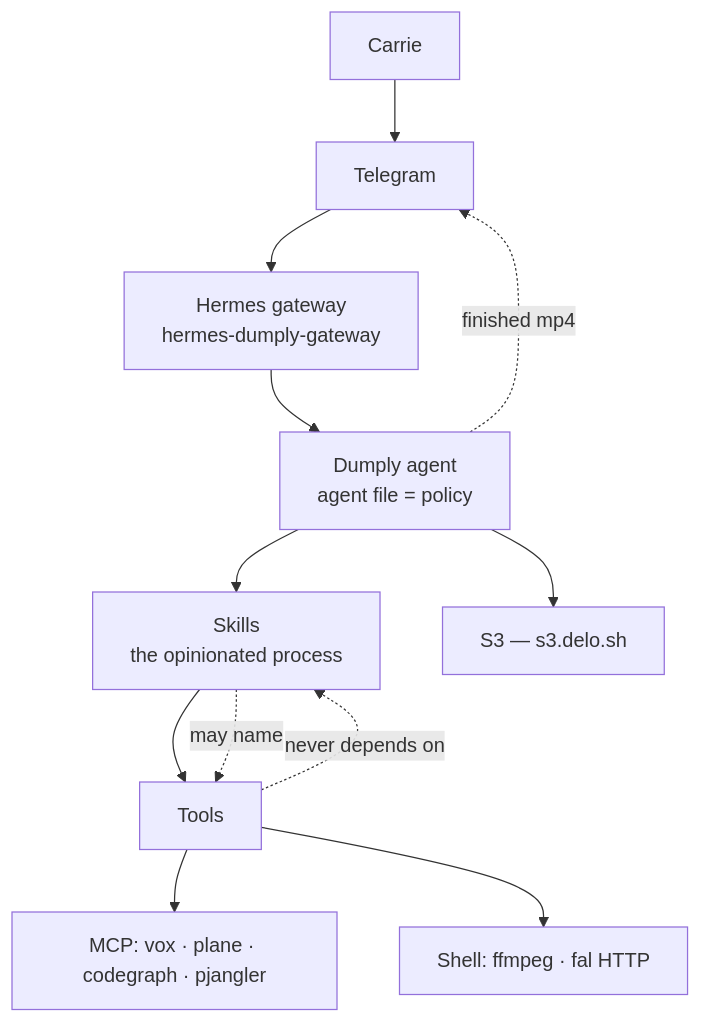
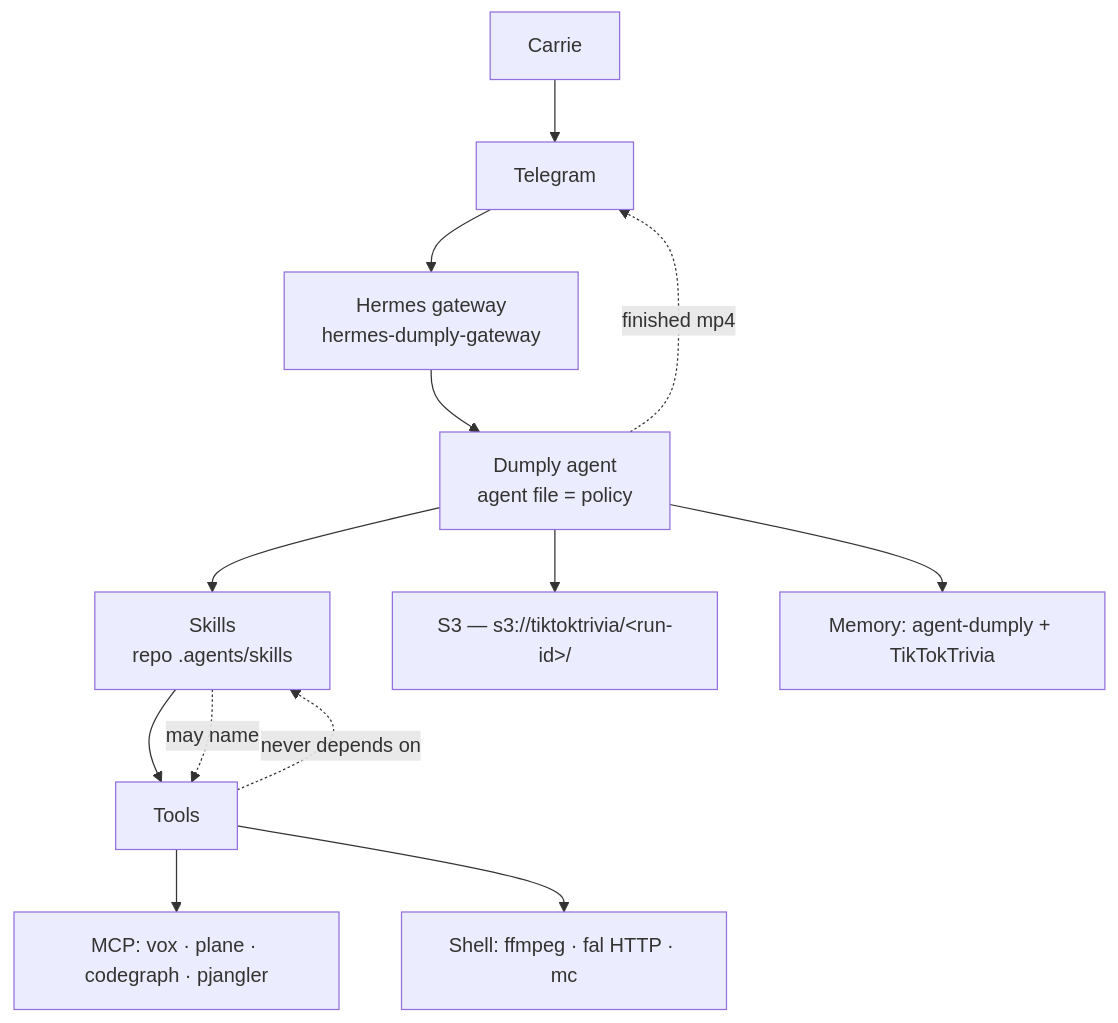
The first of 2 diagrams in _bmad-output/planning-artifacts/architecture/architecture-TikTokTrivia-2026-09-17/ARCHITECTURE-SPINE.md (delorenj/TikTokTrivia), drawn with Mermaid before and after one commit. The commit also changed other lines of this file and 1 other file, not shown here.

First line of the commit message:
Finalize the architecture spine after the reviewer gate

````diff
--- a/_bmad-output/planning-artifacts/architecture/architecture-TikTokTrivia-2026-09-17/ARCHITECTURE-SPINE.md
+++ b/_bmad-output/planning-artifacts/architecture/architecture-TikTokTrivia-2026-09-17/ARCHITECTURE-SPINE.md
@@ -93,14 +99,15 @@
 ```mermaid
 graph TD
   C["Carrie"] --> TG["Telegram"]
   TG --> GW["Hermes gateway<br/>hermes-dumply-gateway"]
   GW --> A["Dumply agent<br/>agent file = policy"]
-  A --> S["Skills<br/>the opinionated process"]
+  A --> S["Skills<br/>repo .agents/skills"]
   S --> T["Tools"]
   T --> MCP["MCP: vox · plane · codegraph · pjangler"]
-  T --> SH["Shell: ffmpeg · fal HTTP"]
-  A --> ST["S3 — s3.delo.sh"]
+  T --> SH["Shell: ffmpeg · fal HTTP · mc"]
+  A --> ST["S3 — s3://tiktoktrivia/&lt;run-id&gt;/"]
+  A --> MEM["Memory: agent-dumply + TikTokTrivia"]
   A -.->|"finished mp4"| TG
   S -.->|"may name"| T
   T -.->|"never depends on"| S
 ```
````
